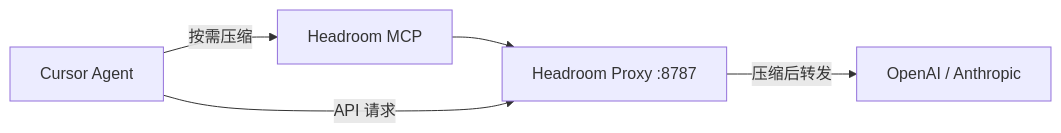
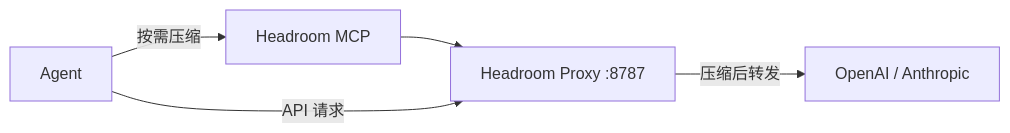
Before and after one commit to wwlight/wwlight.github.io: the diagram in src/content/docs/blog/ai/04-context-compression.mdx, drawn with Mermaid. The commit also changed other lines of this file, not shown here.

````diff
--- a/src/content/docs/blog/ai/04-context-compression.mdx
+++ b/src/content/docs/blog/ai/04-context-compression.mdx
@@ -46,12 +66,12 @@
 ```mermaid
 flowchart LR
-  Agent[Cursor Agent]
+  Agent[Agent]
   MCP[Headroom MCP]
   Proxy[Headroom Proxy :8787]
   API[OpenAI / Anthropic]
 
   Agent -->|按需压缩| MCP
   MCP --> Proxy
   Agent -->|API 请求| Proxy
   Proxy -->|压缩后转发| API
 ```
````
